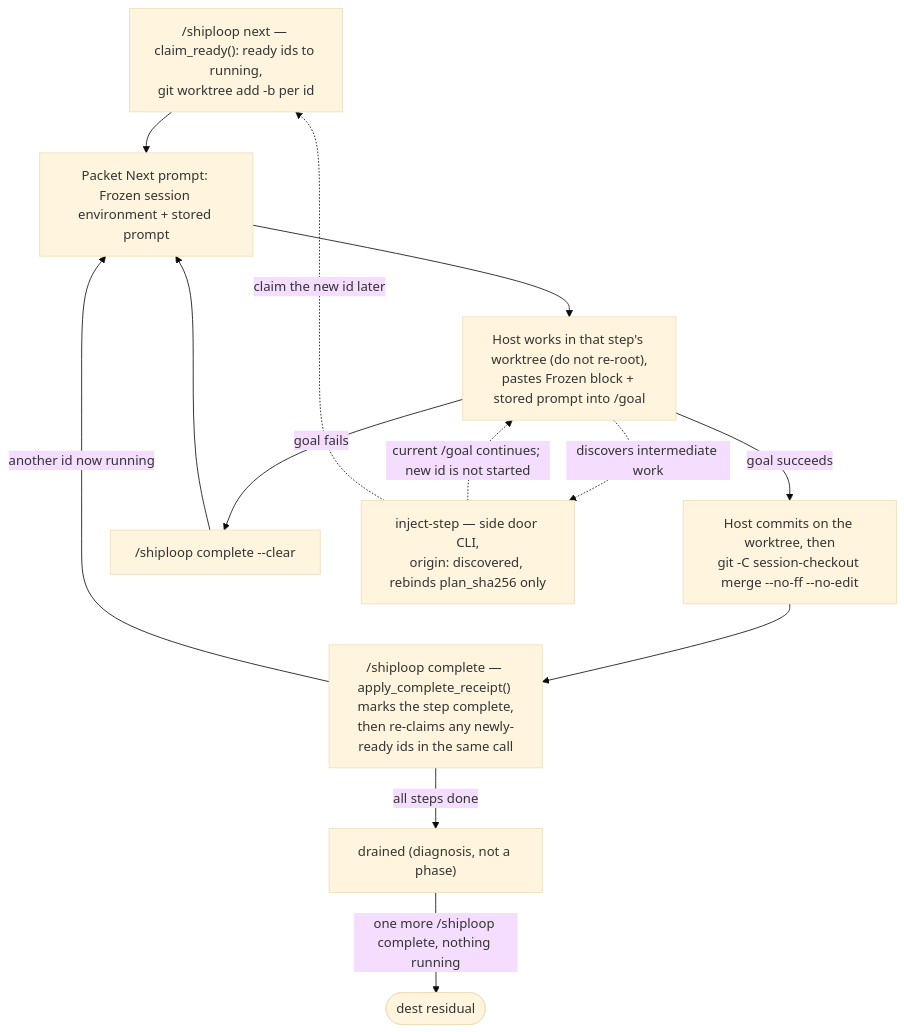
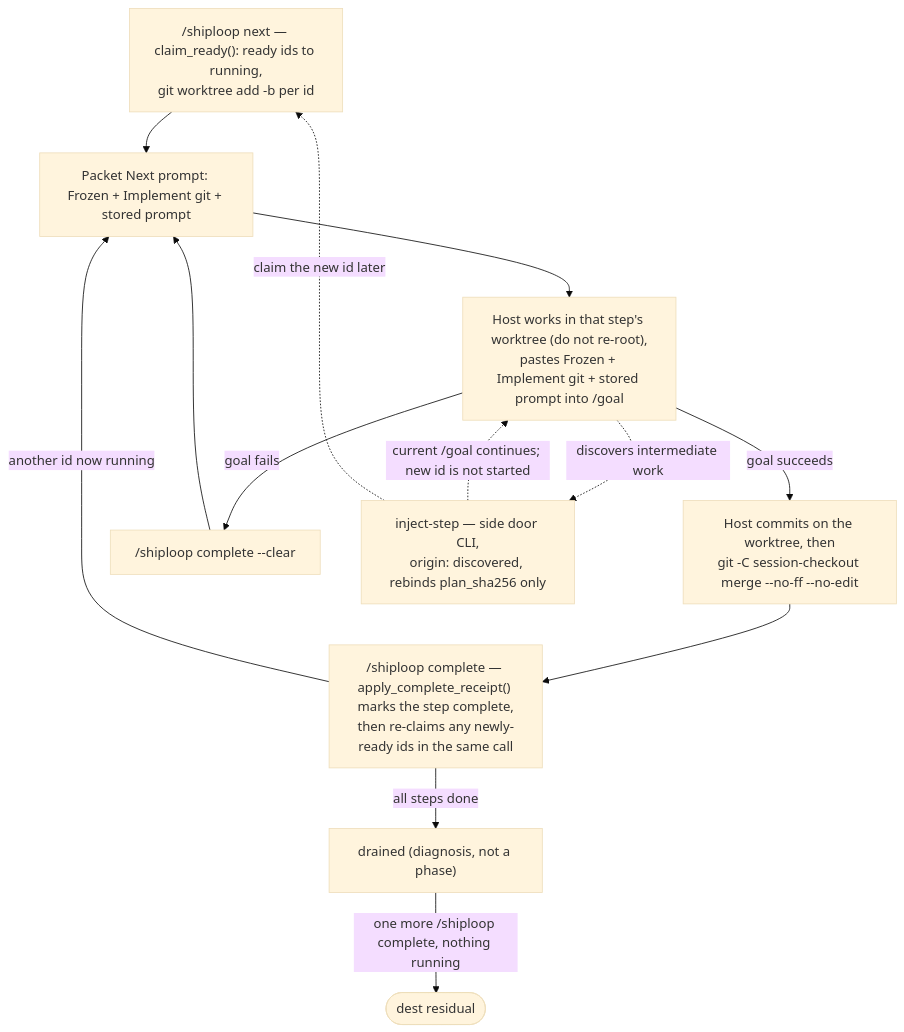
Before and after one commit to whichguy/skill-craft: the fourth of 5 diagrams in skills/shiploop/README.md, drawn with Mermaid (base theme). The commit also changed other lines of this file and 17 other files, not shown here.

````diff
--- a/skills/shiploop/README.md
+++ b/skills/shiploop/README.md
@@ -323,15 +328,15 @@
 ```mermaid
 flowchart TD
-  next["/shiploop next — claim_ready(): ready ids to running,\ngit worktree add -b per id"] --> printed["Packet Next prompt: Frozen session environment + stored prompt"]
-  printed --> gwork["Host works in that step's worktree (do not re-root),\npastes Frozen block + stored prompt into /goal"]
+  next["/shiploop next — claim_ready(): ready ids to running,\ngit worktree add -b per id"] --> printed["Packet Next prompt: Frozen + Implement git + stored prompt"]
+  printed --> gwork["Host works in that step's worktree (do not re-root),\npastes Frozen + Implement git + stored prompt into /goal"]
   gwork -->|goal succeeds| cm["Host commits on the worktree, then\ngit -C session-checkout merge --no-ff --no-edit"]
   cm --> complete["/shiploop complete — apply_complete_receipt() marks the step complete,\nthen re-claims any newly-ready ids in the same call"]
   complete -->|another id now running| printed
   complete -->|all steps done| drained["drained (diagnosis, not a phase)"]
   drained -->|one more /shiploop complete, nothing running| residual([dest residual])
   gwork -->|goal fails| clear["/shiploop complete --clear"]
   clear --> printed
   gwork -.->|discovers intermediate work| inject["inject-step — side door CLI,\norigin: discovered, rebinds plan_sha256 only"]
   inject -.->|current /goal continues; new id is not started| gwork
   inject -.->|claim the new id later| next
 ```
````
